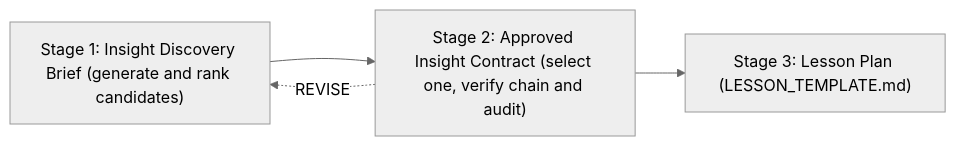
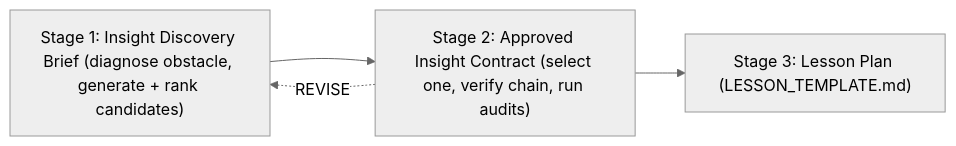
Before and after one commit to chess6/technical-learning: the diagram in docs/INSIGHT_DISCOVERY_GATE.md, drawn with Mermaid (neutral theme). The commit also changed other lines of this file and 3 other files, not shown here.

First line of the commit message:
Broaden Insight Discovery Gate to value semantic/operational grounding

````diff
--- a/docs/INSIGHT_DISCOVERY_GATE.md
+++ b/docs/INSIGHT_DISCOVERY_GATE.md
@@ -11,6 +60,6 @@
 ```mermaid
 flowchart LR
-  S1["Stage 1: Insight Discovery Brief (generate and rank candidates)"] --> S2["Stage 2: Approved Insight Contract (select one, verify chain and audit)"]
+  S1["Stage 1: Insight Discovery Brief (diagnose obstacle, generate + rank candidates)"] --> S2["Stage 2: Approved Insight Contract (select one, verify chain, run audits)"]
   S2 --> S3["Stage 3: Lesson Plan (LESSON_TEMPLATE.md)"]
   S2 -.->|"REVISE"| S1
 ```
````
